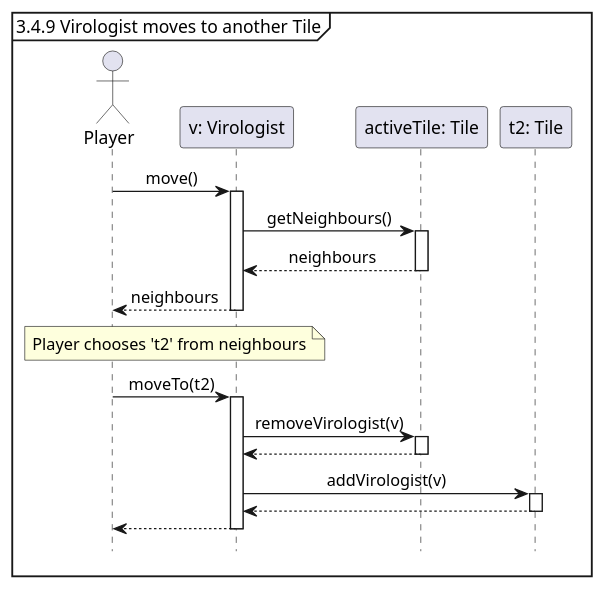
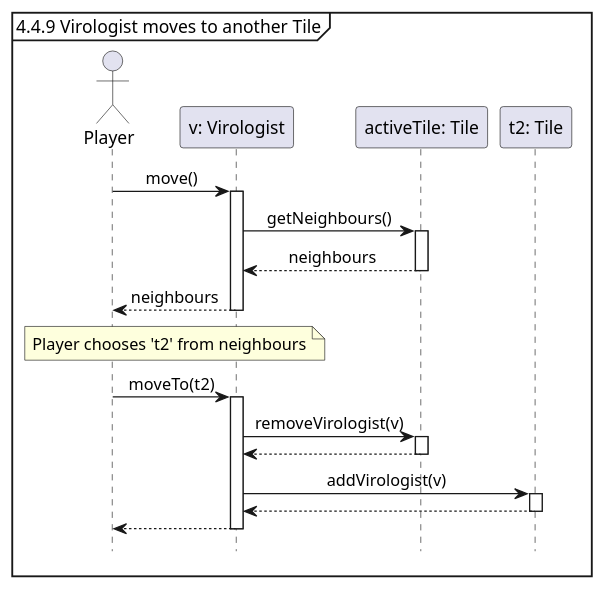
One commit to Tschonti/503-service-unavailable changed the diagram in docs/seqDiagrams/08playerMove.puml. Above: the diagram before and after it, drawn with PlantUML. The commit also changed 17 other files, not shown here.

```diff
--- a/docs/seqDiagrams/08playerMove.puml
+++ b/docs/seqDiagrams/08playerMove.puml
@@ -1,24 +1,24 @@
 @startuml
 'https://plantuml.com/sequence-diagram
 hide footbox
 skinparam sequenceMessageAlign center
 
-mainframe 3.4.9 Virologist moves to another Tile
+mainframe 4.4.9 Virologist moves to another Tile
 
 actor Player as p
 participant "v: Virologist" as v
 participant "activeTile: Tile" as t1
 participant "t2: Tile" as t2
 
 p -> v++ : move()
     v -> t1 ++ : getNeighbours()
     return neighbours
 return neighbours
 note over p,v: Player chooses 't2' from neighbours
 p -> v ++: moveTo(t2)
     v -> t1 ++ : removeVirologist(v)
     return
     v -> t2 ++ : addVirologist(v)
     return
 return
 @enduml
```
